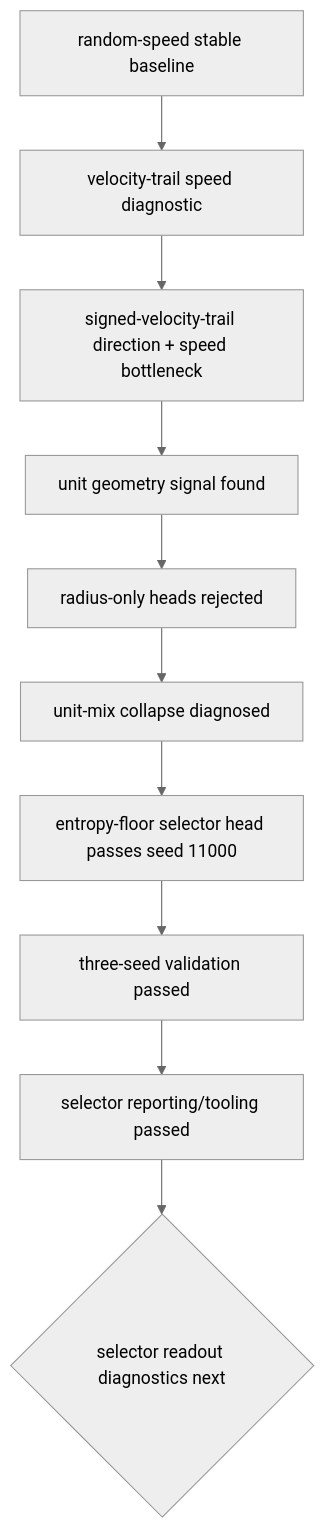
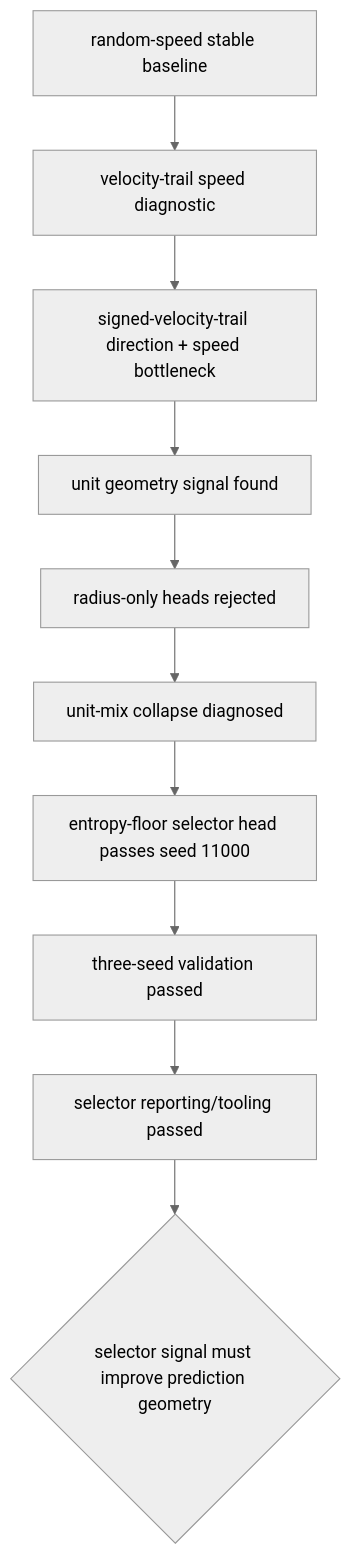
The second of 2 diagrams in README.md (ChrisRPL/jepra), drawn with Mermaid (neutral theme) before and after one commit. The commit also changed other lines of this file, not shown here.

````diff
--- a/README.md
+++ b/README.md
@@ -32,12 +80,12 @@
 ```mermaid
 flowchart TD
   A[random-speed stable baseline] --> B[velocity-trail speed diagnostic]
   B --> C[signed-velocity-trail direction + speed bottleneck]
   C --> D[unit geometry signal found]
   D --> E[radius-only heads rejected]
   E --> F[unit-mix collapse diagnosed]
   F --> G[entropy-floor selector head passes seed 11000]
   G --> H[three-seed validation passed]
   H --> I[selector reporting/tooling passed]
-  I --> J{selector readout diagnostics next}
+  I --> J{selector signal must improve prediction geometry}
 ```
````
